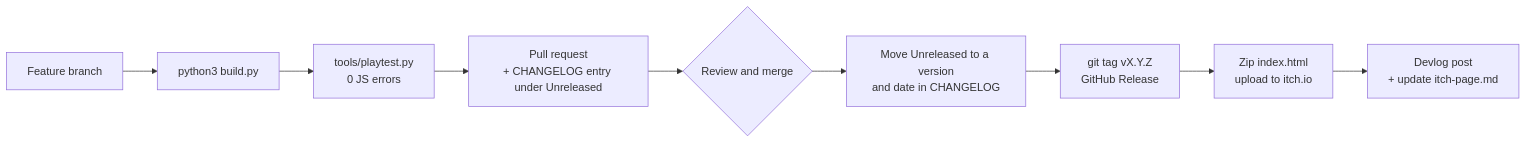
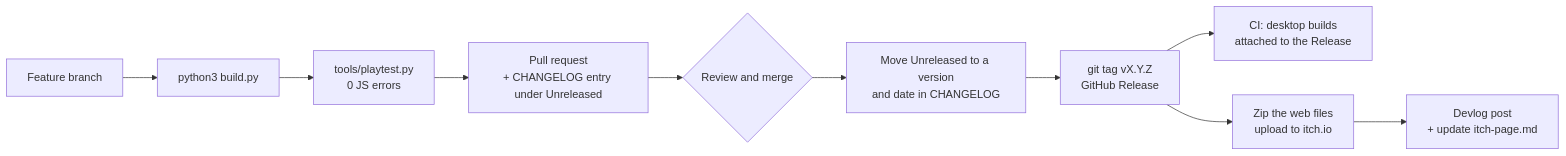
Before and after one commit to CptNope/Laternfall: diagram 11 of 11 in ROADMAP.md, drawn with Mermaid. The commit also changed other lines of this file and 38 other files, not shown here.

First line of the commit message:
1.8.0 Install anywhere: offline app, desktop builds, trophies, speedrun mode

````diff
--- a/ROADMAP.md
+++ b/ROADMAP.md
@@ -433,11 +433,12 @@
 ```mermaid
 flowchart LR
     A[Feature branch] --> B[python3 build.py]
     B --> C[tools/playtest.py<br/>0 JS errors]
     C --> D[Pull request<br/>+ CHANGELOG entry under Unreleased]
     D --> E{Review and merge}
     E --> F[Move Unreleased to a version<br/>and date in CHANGELOG]
     F --> G[git tag vX.Y.Z<br/>GitHub Release]
-    G --> H[Zip index.html<br/>upload to itch.io]
+    G --> DB[CI: desktop builds<br/>attached to the Release]
+    G --> H[Zip the web files<br/>upload to itch.io]
     H --> I[Devlog post<br/>+ update itch-page.md]
 ```
````
